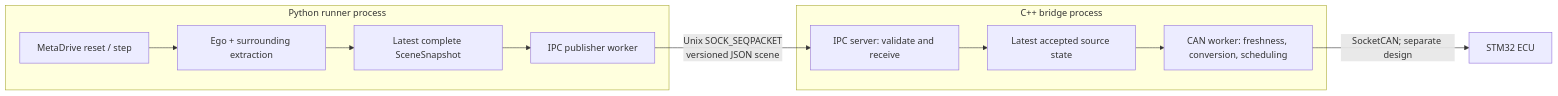
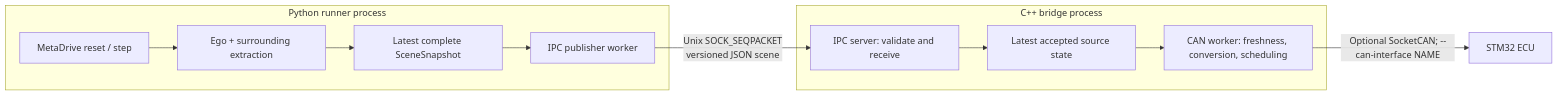
One commit to namtruonghoang1909/Adaptive-Frontlighting-System changed the diagram in docs/architecture/runner-bridge-communication.md. Above: the diagram before and after it, drawn with Mermaid. The commit also changed other lines of this file and 4 other files, not shown here.

Commit message:
docs(architecture): update CAN system data flow

````diff
--- a/docs/architecture/runner-bridge-communication.md
+++ b/docs/architecture/runner-bridge-communication.md
@@ -18,14 +19,14 @@
 ```mermaid
 flowchart LR
     subgraph PY["Python runner process"]
         MD["MetaDrive reset / step"] --> EX["Ego + surrounding extraction"]
         EX --> STORE["Latest complete SceneSnapshot"]
         STORE --> PUB["IPC publisher worker"]
     end
     PUB -->|"Unix SOCK_SEQPACKET<br/>versioned JSON scene"| RX
     subgraph CPP["C++ bridge process"]
         RX["IPC server: validate and receive"] --> STATE["Latest accepted source state"]
         STATE --> CAN["CAN worker: freshness, conversion, scheduling"]
     end
-    CAN -->|"SocketCAN; separate design"| ECU["STM32 ECU"]
+    CAN -->|"Optional SocketCAN; --can-interface NAME"| ECU["STM32 ECU"]
 ```
````
